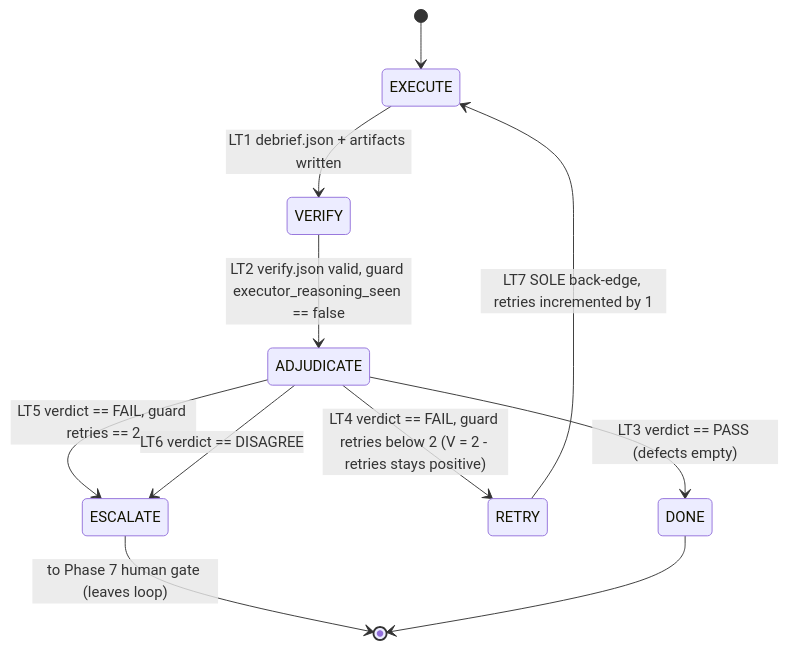
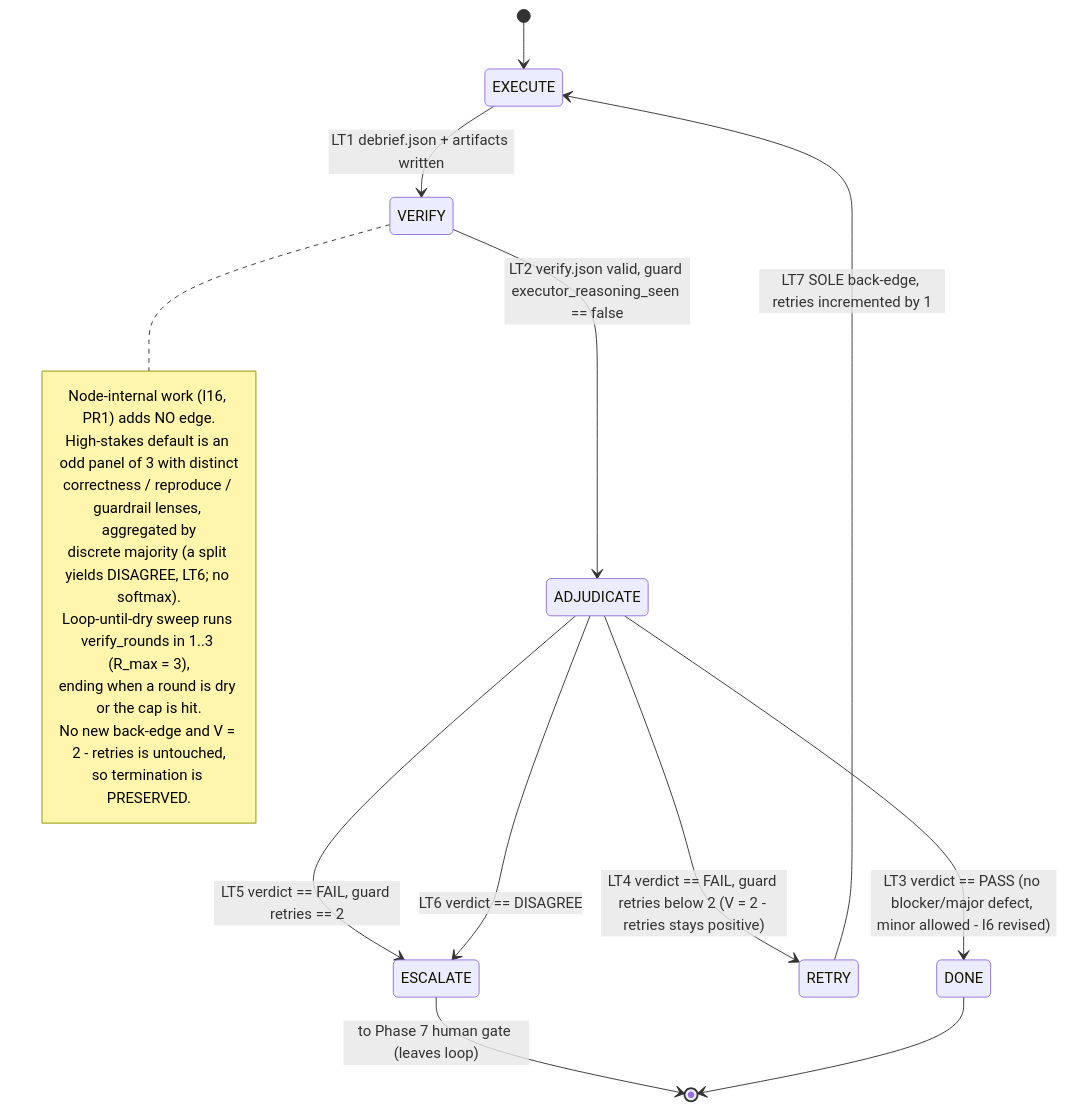
Before and after one commit to wtp128pro/dag: the second of 4 diagrams in wiki/11-diagrams-and-formulas.md, drawn with Mermaid. The commit also changed other lines of this file and 15 other files, not shown here.

````diff
--- a/wiki/11-diagrams-and-formulas.md
+++ b/wiki/11-diagrams-and-formulas.md
@@ -78,13 +83,23 @@
 ```mermaid
 stateDiagram-v2
     [*] --> EXECUTE
     EXECUTE --> VERIFY: LT1 debrief.json + artifacts written
     VERIFY --> ADJUDICATE: LT2 verify.json valid, guard executor_reasoning_seen == false
-    ADJUDICATE --> DONE: LT3 verdict == PASS (defects empty)
+    ADJUDICATE --> DONE: LT3 verdict == PASS (no blocker/major defect, minor allowed - I6 revised)
     ADJUDICATE --> RETRY: LT4 verdict == FAIL, guard retries below 2 (V = 2 - retries stays positive)
     ADJUDICATE --> ESCALATE: LT5 verdict == FAIL, guard retries == 2
     ADJUDICATE --> ESCALATE: LT6 verdict == DISAGREE
     RETRY --> EXECUTE: LT7 SOLE back-edge, retries incremented by 1
     ESCALATE --> [*]: to Phase 7 human gate (leaves loop)
     DONE --> [*]
+    note right of VERIFY
+        Node-internal work (I16, PR1) adds NO edge.
+        High-stakes default is an odd panel of 3 with distinct
+        correctness / reproduce / guardrail lenses, aggregated by
+        discrete majority (a split yields DISAGREE, LT6; no softmax).
+        Loop-until-dry sweep runs verify_rounds in 1..3 (R_max = 3),
+        ending when a round is dry or the cap is hit.
+        No new back-edge and V = 2 - retries is untouched,
+        so termination is PRESERVED.
+    end note
 ```
````
